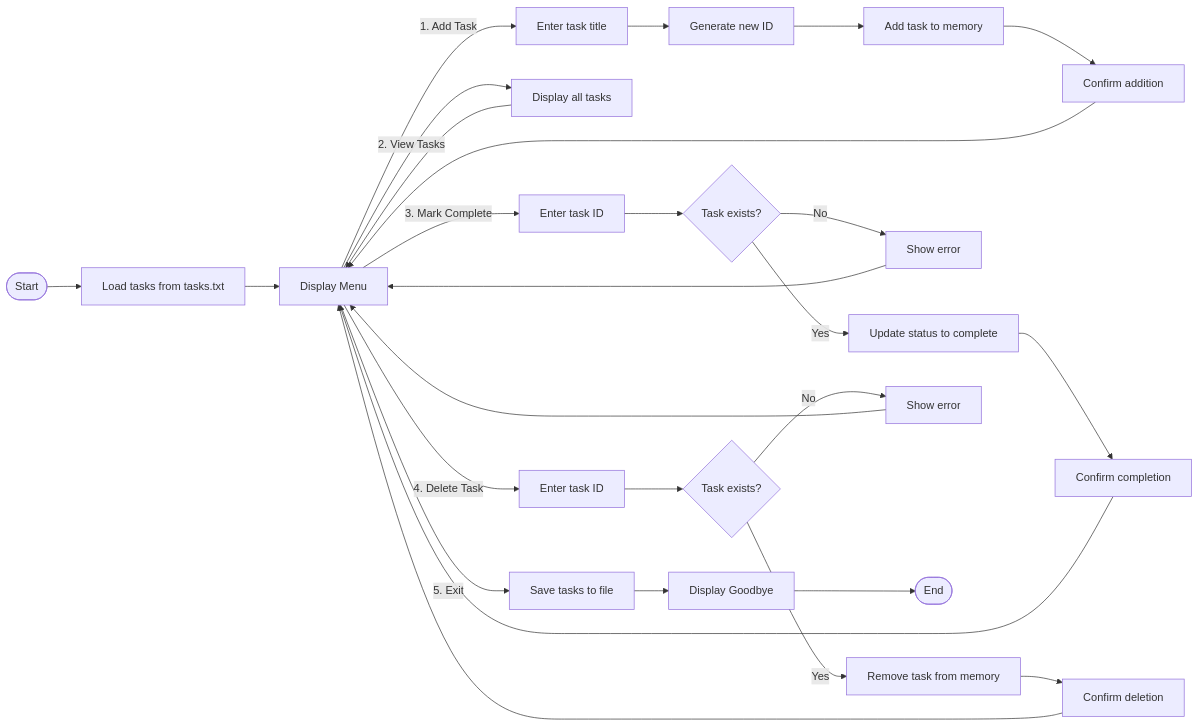
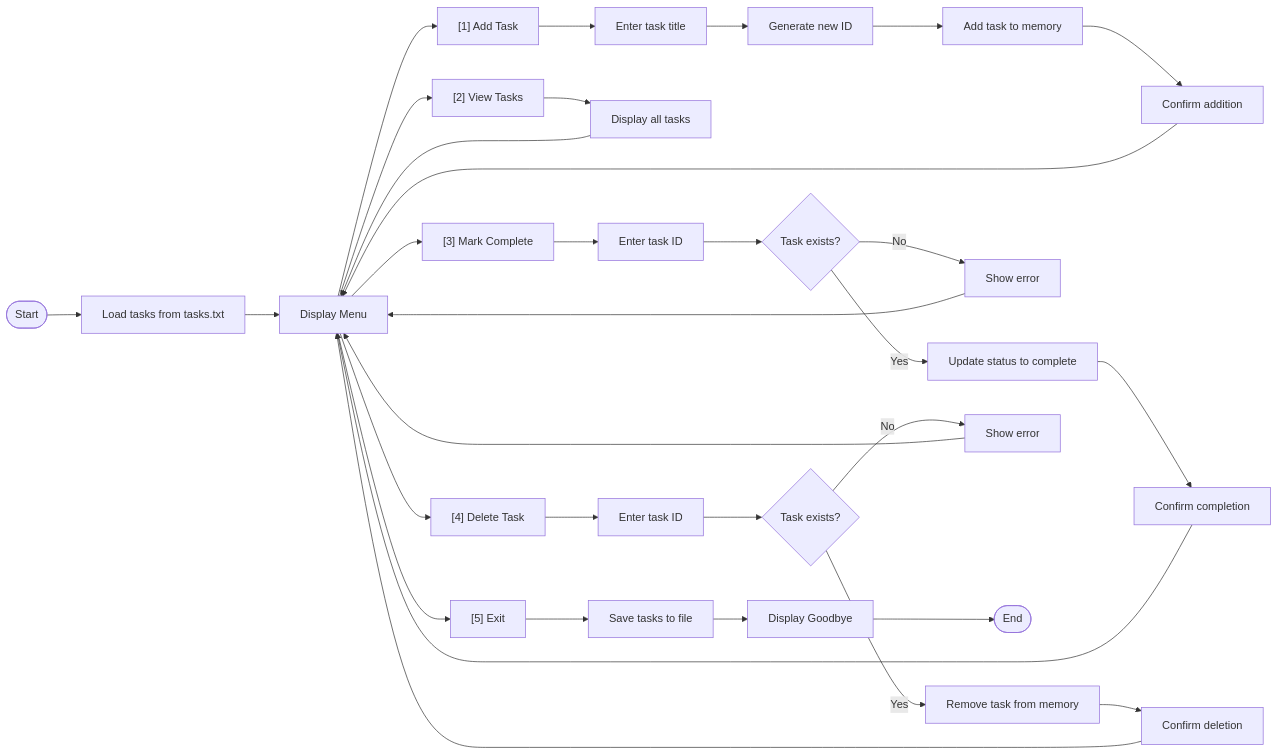
Before and after one commit to BLShaw/CheckMate: the diagram in README.md, drawn with Mermaid.

Commit message:
Update README.md: Fixed mermaid

````diff
--- a/README.md
+++ b/README.md
@@ -49,34 +49,39 @@
 ```mermaid
 flowchart LR
     A([Start]) --> B["Load tasks from tasks.txt"]
     B --> C["Display Menu"]
     
-    C -->|"1. Add Task"| D["Enter task title"]
-    D --> E["Generate new ID"]
-    E --> F["Add task to memory"]
-    F --> G["Confirm addition"]
-    G --> C
-    
-    C -->|"2. View Tasks"| H["Display all tasks"]
+    C --> D["[1] Add Task"]
+    D --> E["Enter task title"]
+    E --> F["Generate new ID"]
+    F --> G["Add task to memory"]
+    G --> H["Confirm addition"]
     H --> C
     
-    C -->|"3. Mark Complete"| I["Enter task ID"]
-    I --> J{"Task exists?"}
-    J -->|Yes| K["Update status to complete"]
-    J -->|No| L["Show error"]
-    K --> M["Confirm completion"]
-    M --> C
-    L --> C
+    C --> I["[2] View Tasks"]
+    I --> J["Display all tasks"]
+    J --> C
     
-    C -->|"4. Delete Task"| N["Enter task ID"]
-    N --> O{"Task exists?"}
-    O -->|Yes| P["Remove task from memory"]
-    O -->|No| Q["Show error"]
-    P --> R["Confirm deletion"]
-    R --> C
-    Q --> C
+    C --> K["[3] Mark Complete"]
+    K --> L["Enter task ID"]
+    L --> M{"Task exists?"}
+    M -->|Yes| N["Update status to complete"]
+    M -->|No| O["Show error"]
+    N --> P["Confirm completion"]
+    P --> C
+    O --> C
     
-    C -->|"5. Exit"| S["Save tasks to file"]
-    S --> T["Display Goodbye"]
-    T --> U([End])
+    C --> Q["[4] Delete Task"]
+    Q --> R["Enter task ID"]
+    R --> S{"Task exists?"}
+    S -->|Yes| T["Remove task from memory"]
+    S -->|No| U["Show error"]
+    T --> V["Confirm deletion"]
+    V --> C
+    U --> C
+    
+    C --> W["[5] Exit"]
+    W --> X["Save tasks to file"]
+    X --> Y["Display Goodbye"]
+    Y --> Z([End])
 ```
````
